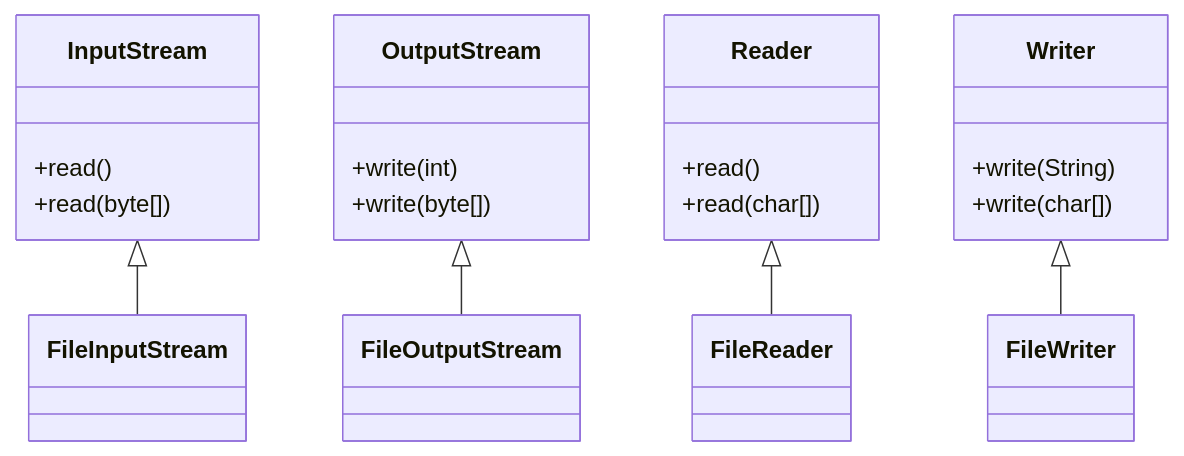
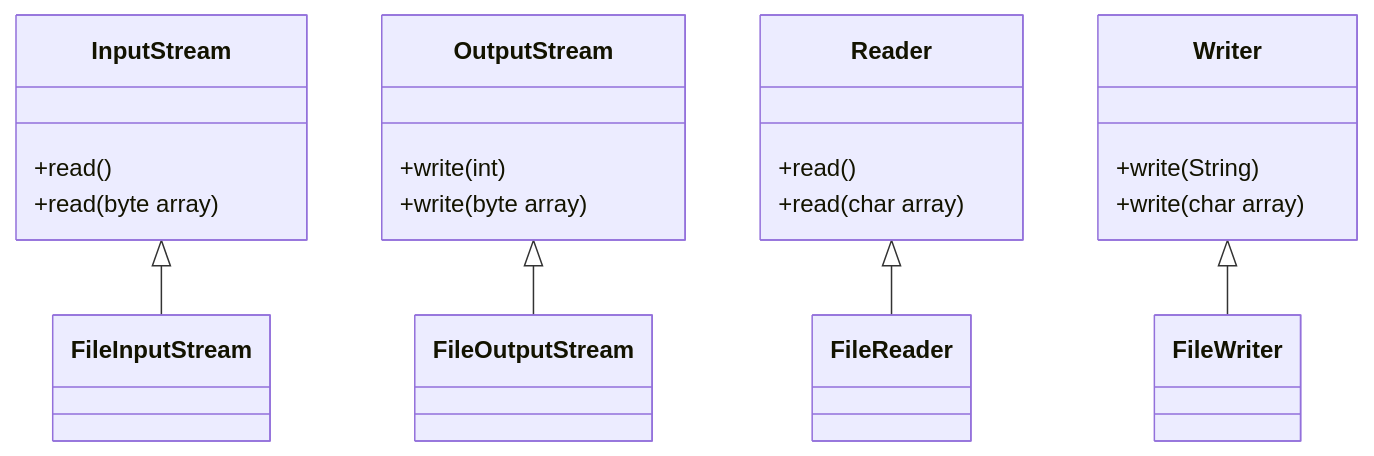
Before and after one commit to xmlbuilder/JavaTutorial: the second of 3 diagrams in 06-고급.02/05-자바_스트림_항목_정리.md, drawn with Mermaid. The commit also changed other lines of this file, not shown here.

````diff
--- a/06-고급.02/05-자바_스트림_항목_정리.md
+++ b/06-고급.02/05-자바_스트림_항목_정리.md
@@ -92,23 +92,23 @@
 ```mermaid
 classDiagram
     class InputStream {
         +read()
-        +read(byte[])
+        +read(byte array)
     }
     class OutputStream {
         +write(int)
-        +write(byte[])
+        +write(byte array)
     }
     class Reader {
         +read()
-        +read(char[])
+        +read(char array)
     }
     class Writer {
         +write(String)
-        +write(char[])
+        +write(char array)
     }
     InputStream <|-- FileInputStream
     OutputStream <|-- FileOutputStream
     Reader <|-- FileReader
     Writer <|-- FileWriter
 ```
````
